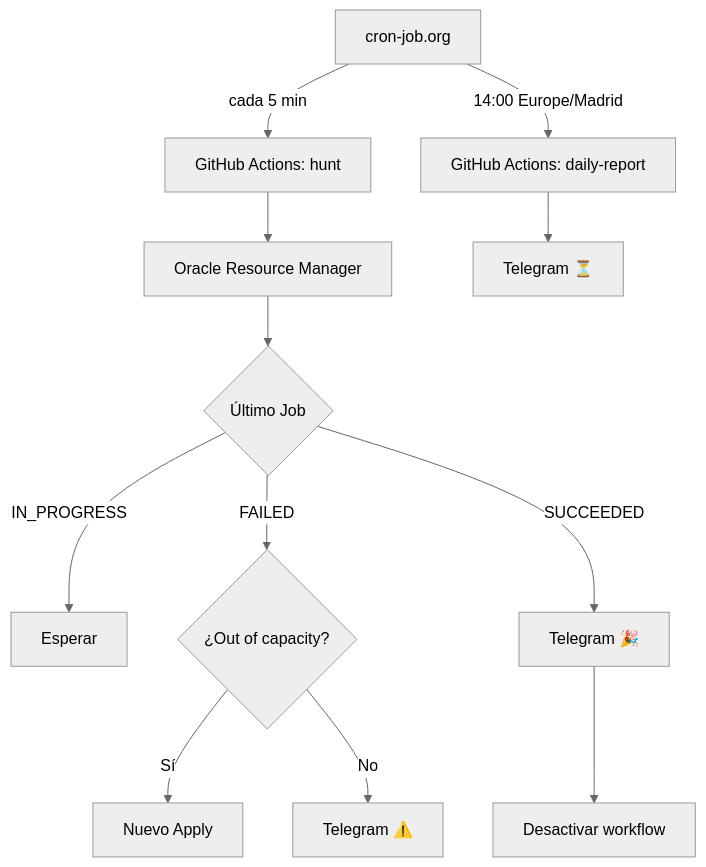
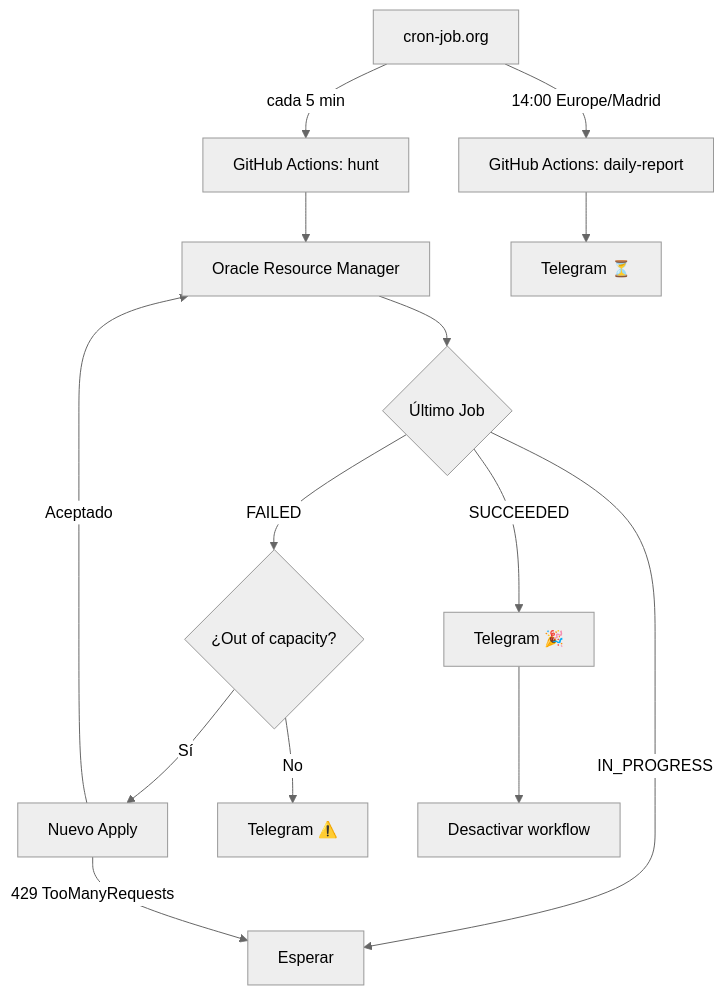
The diagram in README.md (erpereh/oracle-a1-hunter), drawn with Mermaid (neutral theme) before and after one commit. The commit also changed other lines of this file, not shown here.

````diff
--- a/README.md
+++ b/README.md
@@ -30,14 +32,16 @@
 ```mermaid
 flowchart TD
     A[cron-job.org] -->|cada 5 min| B[GitHub Actions: hunt]
     A -->|14:00 Europe/Madrid| C[GitHub Actions: daily-report]
     B --> D[Oracle Resource Manager]
     D --> E{Último Job}
     E -->|IN_PROGRESS| F[Esperar]
     E -->|FAILED| G{¿Out of capacity?}
     G -->|Sí| H[Nuevo Apply]
+    H -->|Aceptado| D
+    H -->|429 TooManyRequests| F
     G -->|No| I[Telegram ⚠️]
     E -->|SUCCEEDED| J[Telegram 🎉]
     J --> K[Desactivar workflow]
     C --> L[Telegram ⏳]
 ```
````
